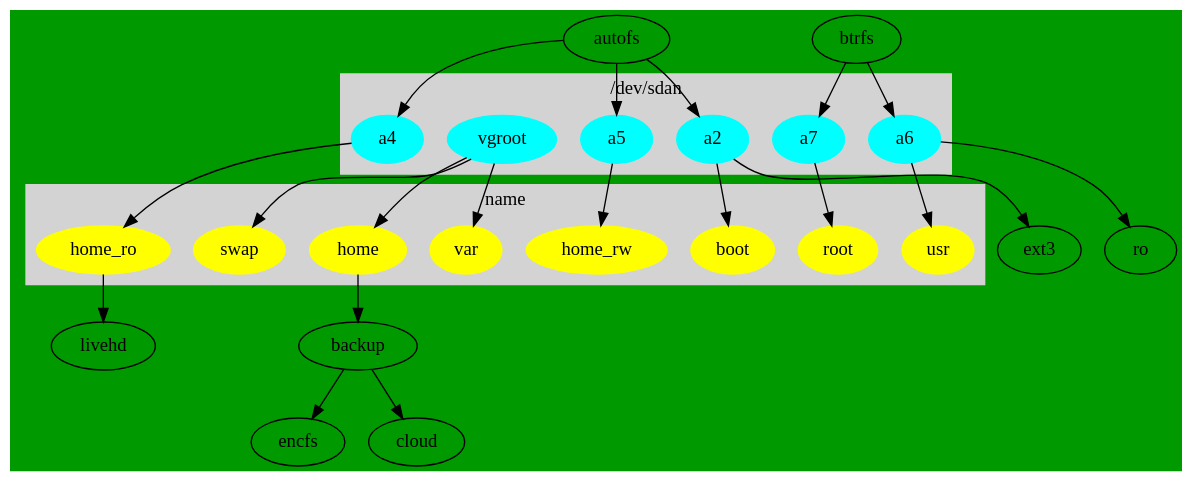
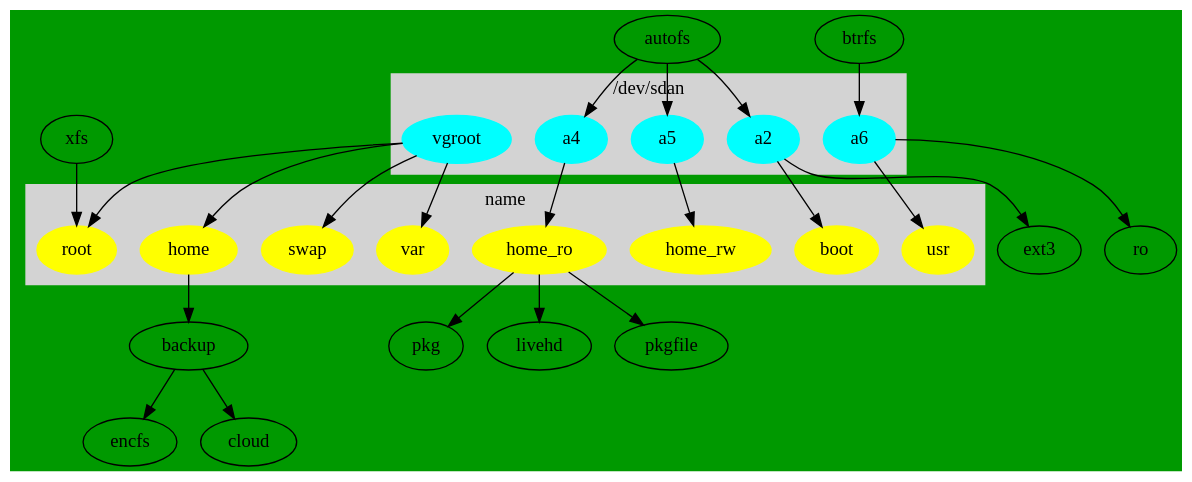
One commit to cdede/dotfiles changed the diagram in dot/.config/dupl/parted.dot. Above: the diagram before and after it, drawn with Graphviz.

Commit message:
ext4 Superblock last mount time is in the future. btrfs 0.19 ,cahange small root to xfs

```diff
--- a/dot/.config/dupl/parted.dot
+++ b/dot/.config/dupl/parted.dot
@@ -1,53 +1,54 @@
 // dot -Tpng  parted.dot -o line1.png
 //  default ext4
 digraph G {
   bgcolor ="#009900";
 
 	subgraph cluster_0 {
 		style=filled;
 		color=lightgrey;
 		node [style=filled,color=cyan];
 		a2 ;
                 vgroot;
                 a4;
                 a5;
                 a6;
-                a7;
 		label = "/dev/sdan";
 	}
 
 	subgraph cluster_2 {
 		style=filled;
 		color=lightgrey;
 		node [style=filled,color=yellow];
 		boot;
 		root ;
                 usr;
                 var;
 		swap;
 		home;
                 home_ro;
                 home_rw;
 		label = "name";
 	}
 
 	a2 -> boot;
 	a2 -> ext3;
 	autofs->a2;
 	autofs->a4;
 	autofs->a5;
         btrfs ->a6;
-        btrfs ->a7;
+        xfs ->root;
         vgroot -> swap ;
         vgroot -> var ;
         vgroot -> home;
+        vgroot -> root;
         home->backup;
         a4 ->home_ro;
         home_ro->livehd;
+        home_ro->pkgfile;
+        home_ro->pkg;
         a5 ->home_rw;
         a6 -> usr ;
         a6 ->ro;
-        a7 -> root ;
         backup -> encfs;
         backup -> cloud;
 }
```
